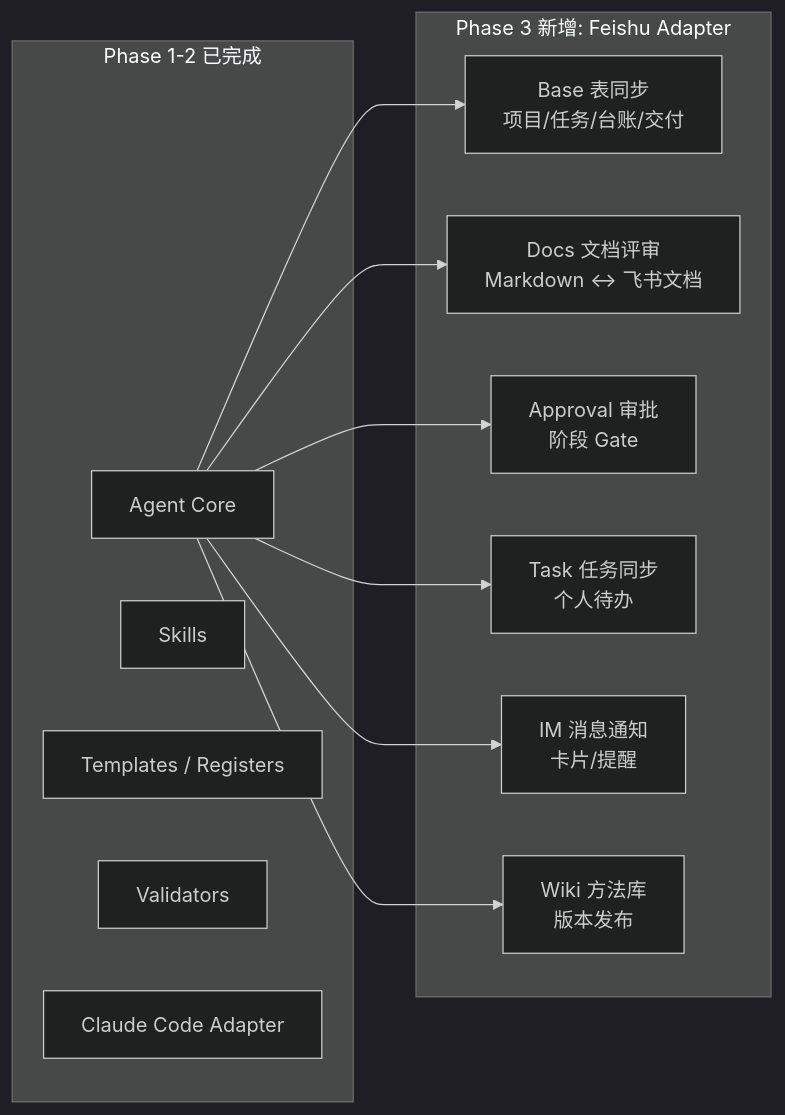
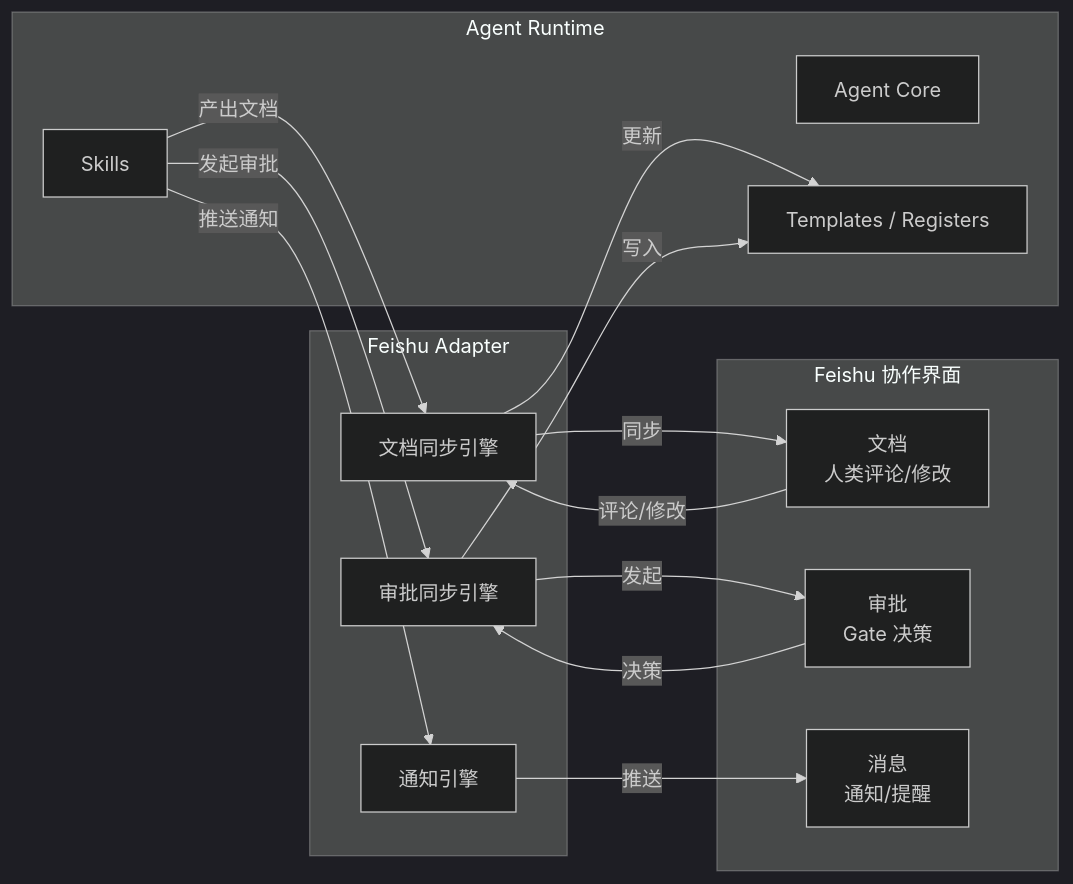
Before and after one commit to Yu-Jianwen/PM-Agent: the third of 3 diagrams in docs/architecture.md, drawn with Mermaid (dark theme). The commit also changed other lines of this file, not shown here.

````diff
--- a/docs/architecture.md
+++ b/docs/architecture.md
@@ -420,26 +371,34 @@
 ```mermaid
 flowchart LR
-    subgraph Existing["Phase 1-2 已完成"]
+    subgraph Agent["Agent Runtime"]
         CORE["Agent Core"]
         SKILLS["Skills"]
         DATA["Templates / Registers"]
-        VAL["Validators"]
-        CC["Claude Code Adapter"]
     end
 
-    subgraph New["Phase 3 新增: Feishu Adapter"]
-        BASE["Base 表同步<br/>项目/任务/台账/交付"]
-        DOCS["Docs 文档评审<br/>Markdown ↔ 飞书文档"]
-        APPROVAL["Approval 审批<br/>阶段 Gate"]
-        TASK["Task 任务同步<br/>个人待办"]
-        IM["IM 消息通知<br/>卡片/提醒"]
-        WIKI["Wiki 方法库<br/>版本发布"]
+    subgraph Adapter["Feishu Adapter"]
+        SYNC["文档同步引擎"]
+        APPROVE["审批同步引擎"]
+        NOTIFY["通知引擎"]
     end
 
-    CORE --> BASE
-    CORE --> DOCS
-    CORE --> APPROVAL
-    CORE --> TASK
-    CORE --> IM
-    CORE --> WIKI
+    subgraph Feishu["Feishu 协作界面"]
+        DOCS["文档<br/>人类评论/修改"]
+        APR["审批<br/>Gate 决策"]
+        IM["消息<br/>通知/提醒"]
+    end
+
+    SKILLS -->|"产出文档"| SYNC
+    SKILLS -->|"发起审批"| APPROVE
+    SKILLS -->|"推送通知"| NOTIFY
+
+    SYNC -->|"同步"| DOCS
+    DOCS -->|"评论/修改"| SYNC
+    SYNC -->|"更新"| DATA
+
+    APPROVE -->|"发起"| APR
+    APR -->|"决策"| APPROVE
+    APPROVE -->|"写入"| DATA
+
+    NOTIFY -->|"推送"| IM
 ```
````
